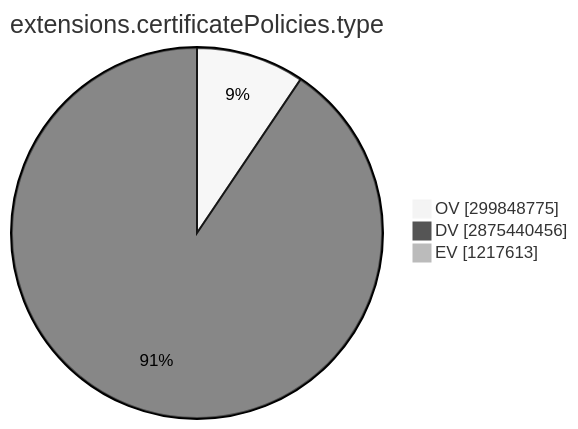
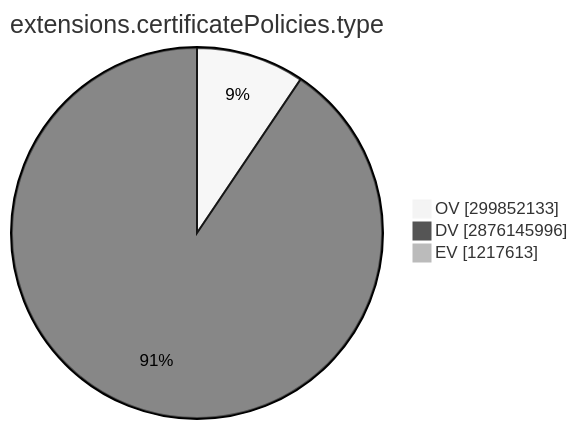
One commit to christiankrug/ctmonitor_visualization changed the ninth of 15 diagrams in TOTAL/README.md. Above: the diagram before and after it, drawn with Mermaid (neutral theme). The commit also changed other lines of this file, not shown here.

````diff
--- a/TOTAL/README.md
+++ b/TOTAL/README.md
@@ -3101,7 +3101,7 @@
 ```mermaid
 pie showData
 title extensions.certificatePolicies.type
-"OV" :299848775
-"DV" :2875440456
+"OV" :299852133
+"DV" :2876145996
 "EV" :1217613
 ```
````
